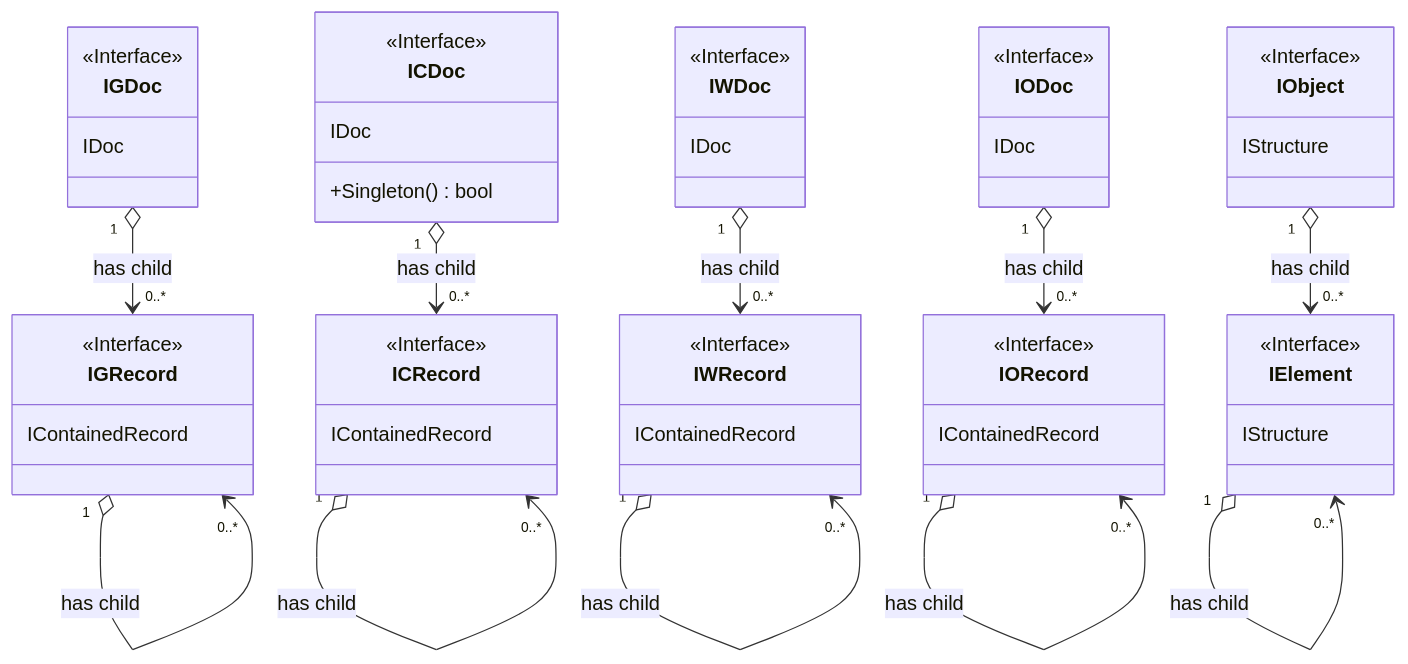
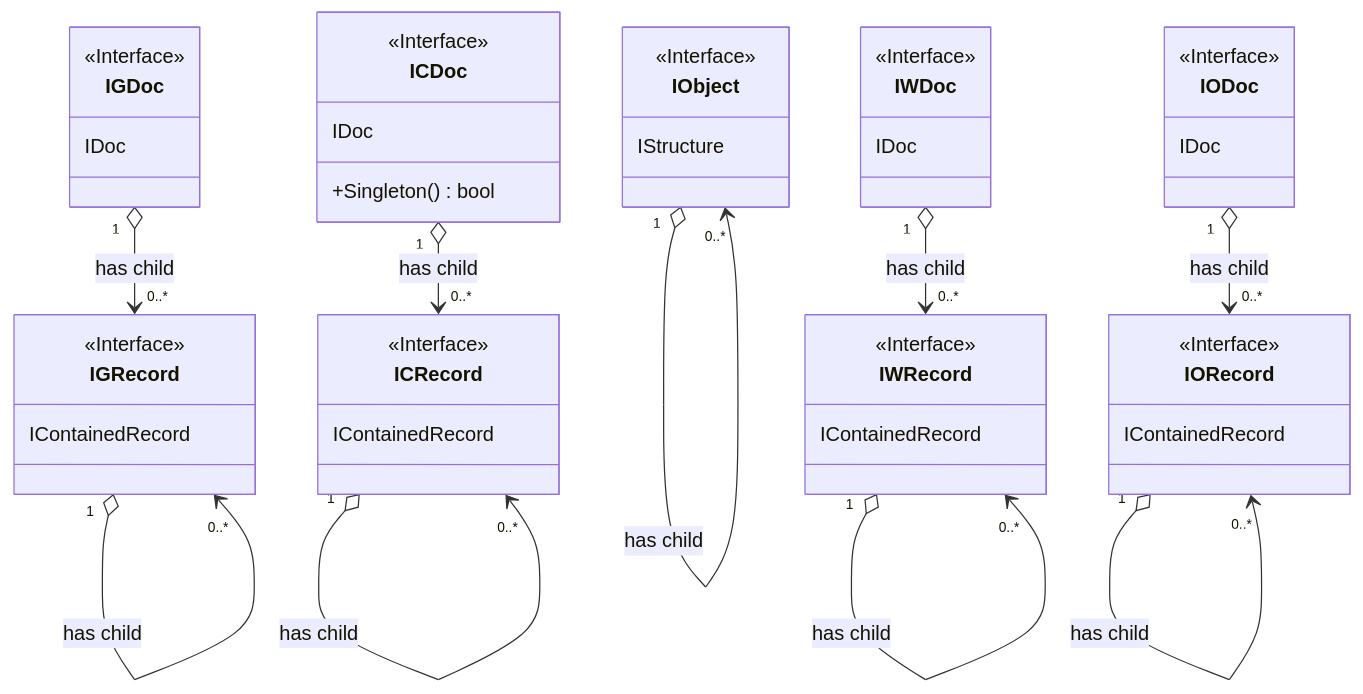
The fifth of 8 diagrams in pkg/appdef/README.md (voedger/voedger), drawn with Mermaid before and after one commit. The commit also changed other lines of this file and 22 other files, not shown here.

````diff
--- a/pkg/appdef/README.md
+++ b/pkg/appdef/README.md
@@ -518,65 +502,59 @@
 ```mermaid
 classDiagram
   direction TB
 
   class IGDoc {
     <<Interface>>
     IDoc
   }
   IGDoc "1" o--> "0..*" IGRecord : has child
 
   class IGRecord {
     <<Interface>>
     IContainedRecord
   }
   IGRecord "1" o--> "0..*" IGRecord : has child
 
   class ICDoc {
     <<Interface>>
     IDoc
     +Singleton() bool
   }
   ICDoc "1" o--> "0..*" ICRecord : has child
 
   class ICRecord {
     <<Interface>>
     IContainedRecord
   }
   ICRecord "1" o--> "0..*" ICRecord : has child
 
   class IWDoc {
     <<Interface>>
     IDoc
   }
   IWDoc "1" o--> "0..*" IWRecord : has child
 
   class IWRecord {
     <<Interface>>
     IContainedRecord
   }
   IWRecord "1" o--> "0..*" IWRecord : has child
 
   class IODoc {
     <<Interface>>
     IDoc
   }
   IODoc "1" o--> "0..*" IORecord : has child
 
   class IORecord {
     <<Interface>>
     IContainedRecord
   }
   IORecord "1" o--> "0..*" IORecord : has child
 
   class IObject {
     <<Interface>>
     IStructure
   }
-  IObject "1" o--> "0..*" IElement : has child
-
-  class IElement {
-    <<Interface>>
-    IStructure
-  }
-  IElement "1" o--> "0..*" IElement : has child
+  IObject "1" o--> "0..*" IObject : has child
 ```
````
